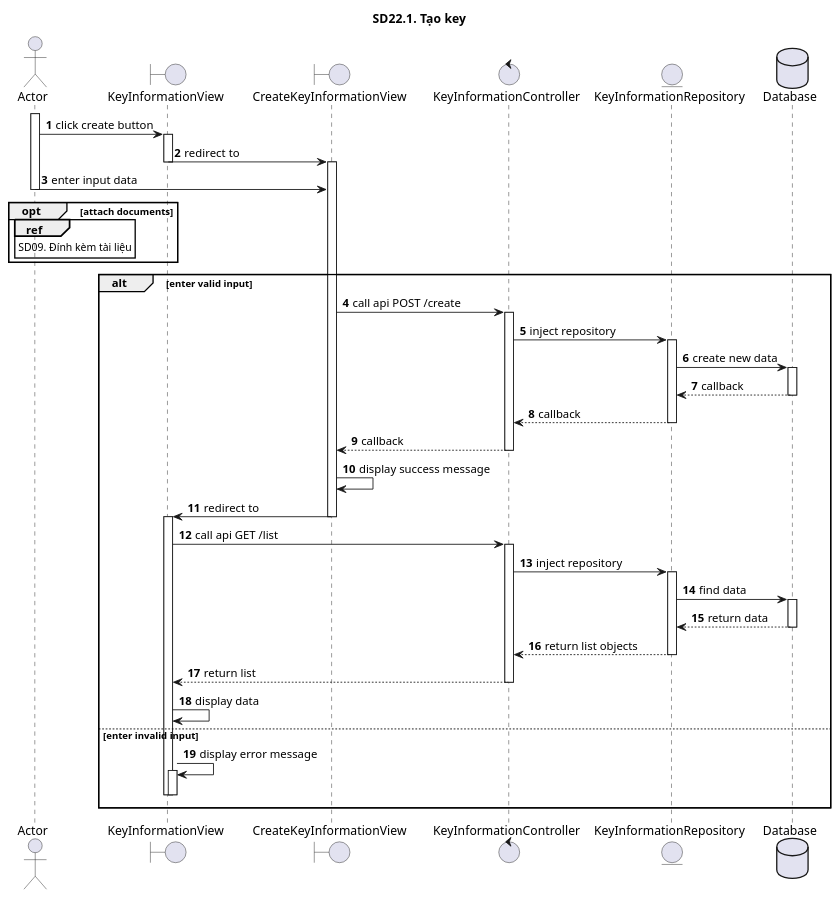
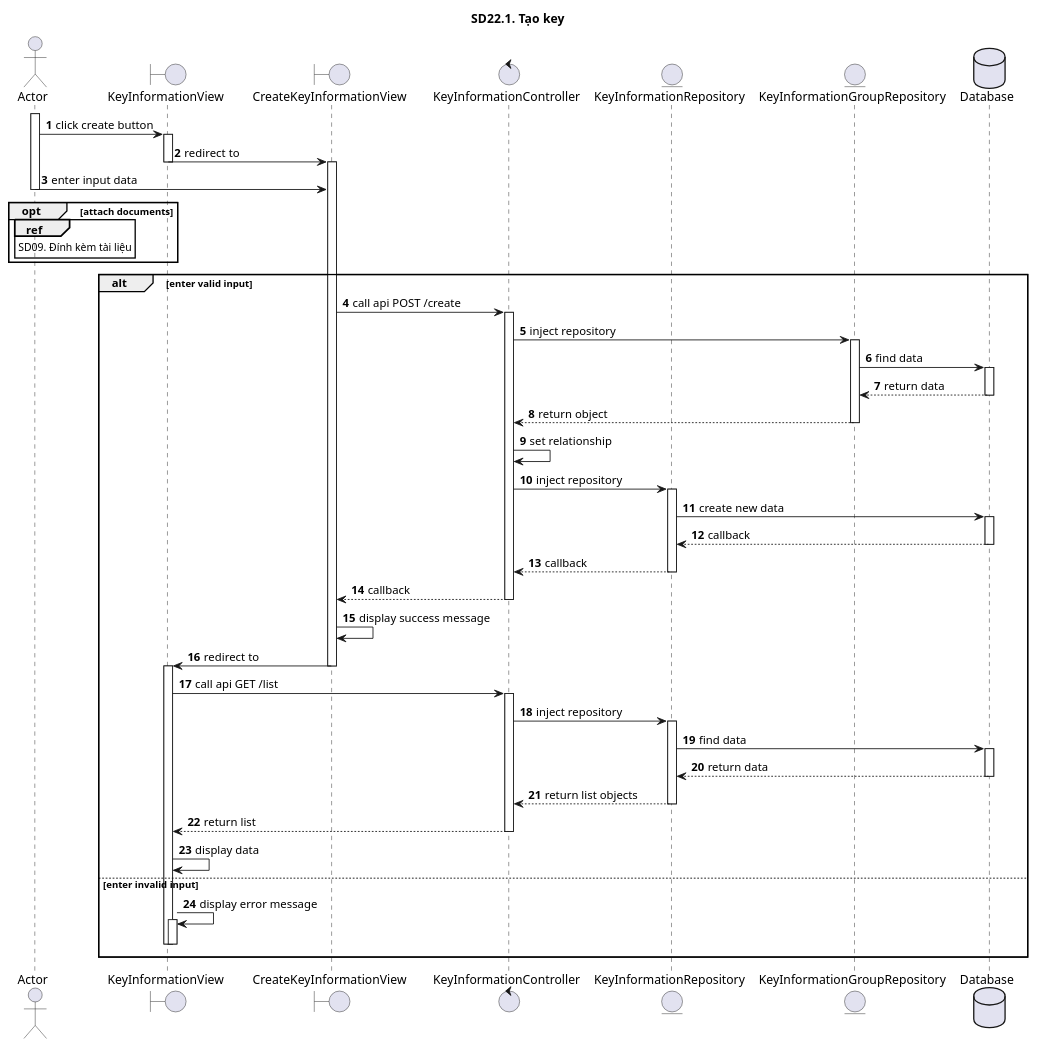
The diagram in 22_QuanLyKey/sd22.1.puml (ITZ-Developers/Finance-UML), drawn with PlantUML before and after one commit. The commit also changed 3 other files, not shown here.

```diff
--- a/22_QuanLyKey/sd22.1.puml
+++ b/22_QuanLyKey/sd22.1.puml
@@ -1,59 +1,69 @@
 @startuml SQ
 autonumber
 title SD22.1. Tạo key
 actor "Actor" as actor
 boundary "KeyInformationView" as view
 boundary "CreateKeyInformationView" as create
 control "KeyInformationController" as controller
 entity "KeyInformationRepository" as model
+entity "KeyInformationGroupRepository" as group
 database "Database" as database
 activate actor
 actor -> view: click create button
 activate view
 view -> create: redirect to
 deactivate view
 activate create
 actor -> create: enter input data
 deactivate actor
 opt attach documents
 ref over actor
 SD09. Đính kèm tài liệu
 end ref
 end
 alt enter valid input
 create -> controller: call api POST /create
 activate controller
+controller -> group : inject repository
+activate group
+group -> database : find data
+activate database
+database --> group: return data
+deactivate database
+group --> controller : return object
+deactivate group
+controller -> controller: set relationship
 controller -> model: inject repository
 activate model
 model -> database: create new data
 activate database
 database --> model: callback
 deactivate database
 model --> controller: callback
 deactivate model
 controller --> create: callback
 deactivate controller
 create -> create: display success message
 create -> view: redirect to
 deactivate create
 activate view
 view -> controller: call api GET /list
 activate controller
 controller -> model: inject repository
 activate model
 model -> database: find data
 activate database
 database --> model: return data
 deactivate database
 model --> controller: return list objects
 deactivate model
 controller --> view: return list
 deactivate controller
 view -> view: display data
 else enter invalid input
 view -> view: display error message
 activate view
 deactivate view
 deactivate view
 end
 @enduml
```
